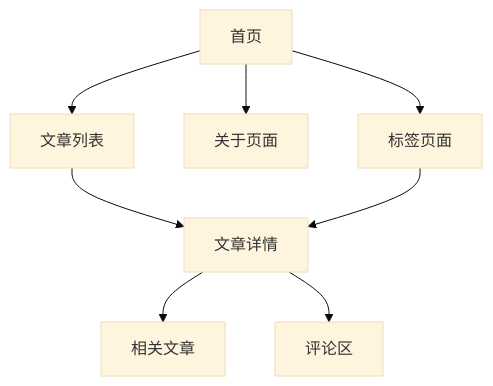
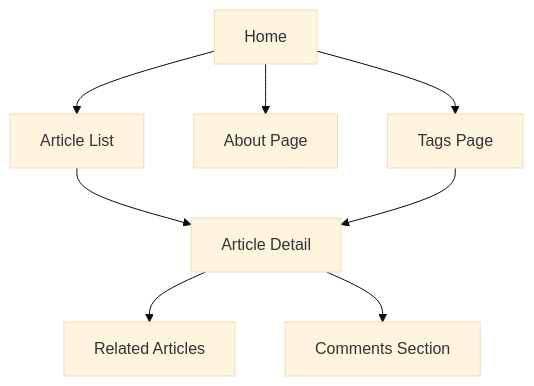
Before and after one commit to ChanMeng666/ai-programming-teaching-project: the diagram in versioned_docs/version-2024-winter/practice/blog-planning.mdx, drawn with Mermaid (base theme). The commit also changed other lines of this file and 472 other files, not shown here.

````diff
--- a/versioned_docs/version-2024-winter/practice/blog-planning.mdx
+++ b/versioned_docs/version-2024-winter/practice/blog-planning.mdx
@@ -71,10 +67,10 @@
 ```mermaid
 graph TD
-    A[首页] --> B[文章列表]
-    A --> C[关于页面]
-    A --> D[标签页面]
-    B --> E[文章详情]
+    A[Home] --> B[Article List]
+    A --> C[About Page]
+    A --> D[Tags Page]
+    B --> E[Article Detail]
     D --> E
-    E --> F[相关文章]
-    E --> G[评论区]
+    E --> F[Related Articles]
+    E --> G[Comments Section]
 ```
````
